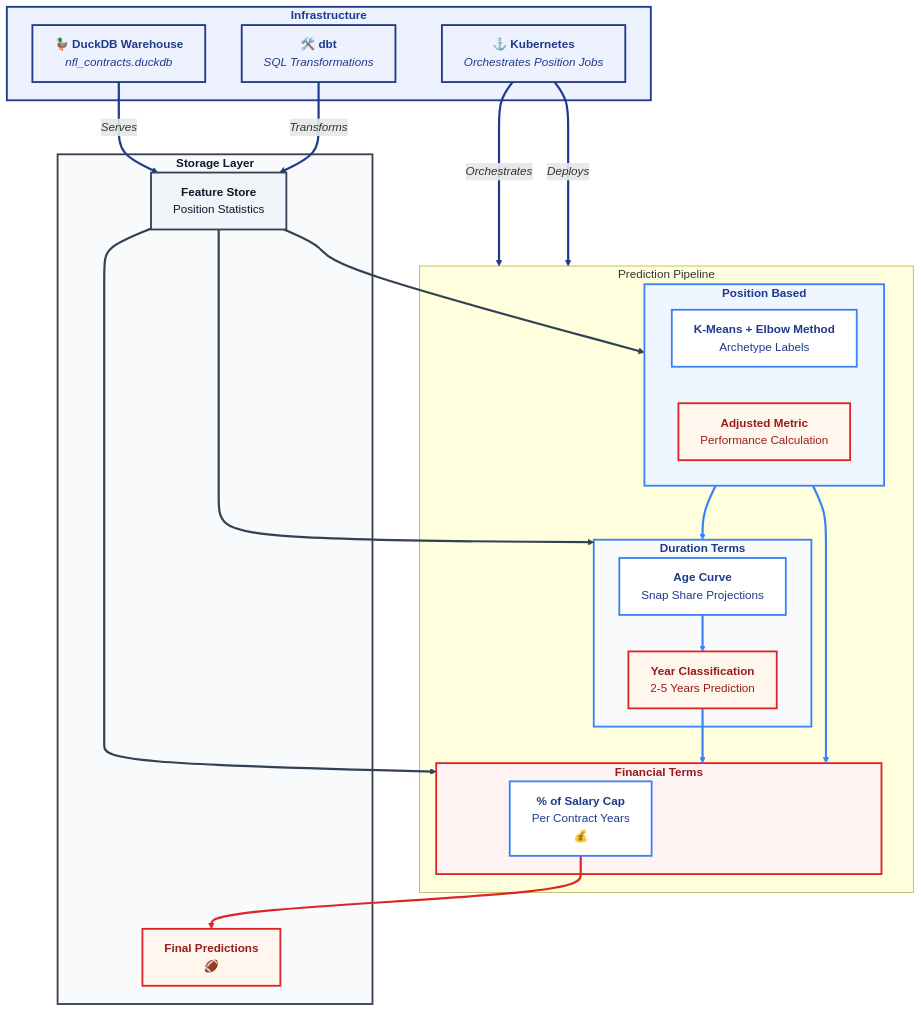
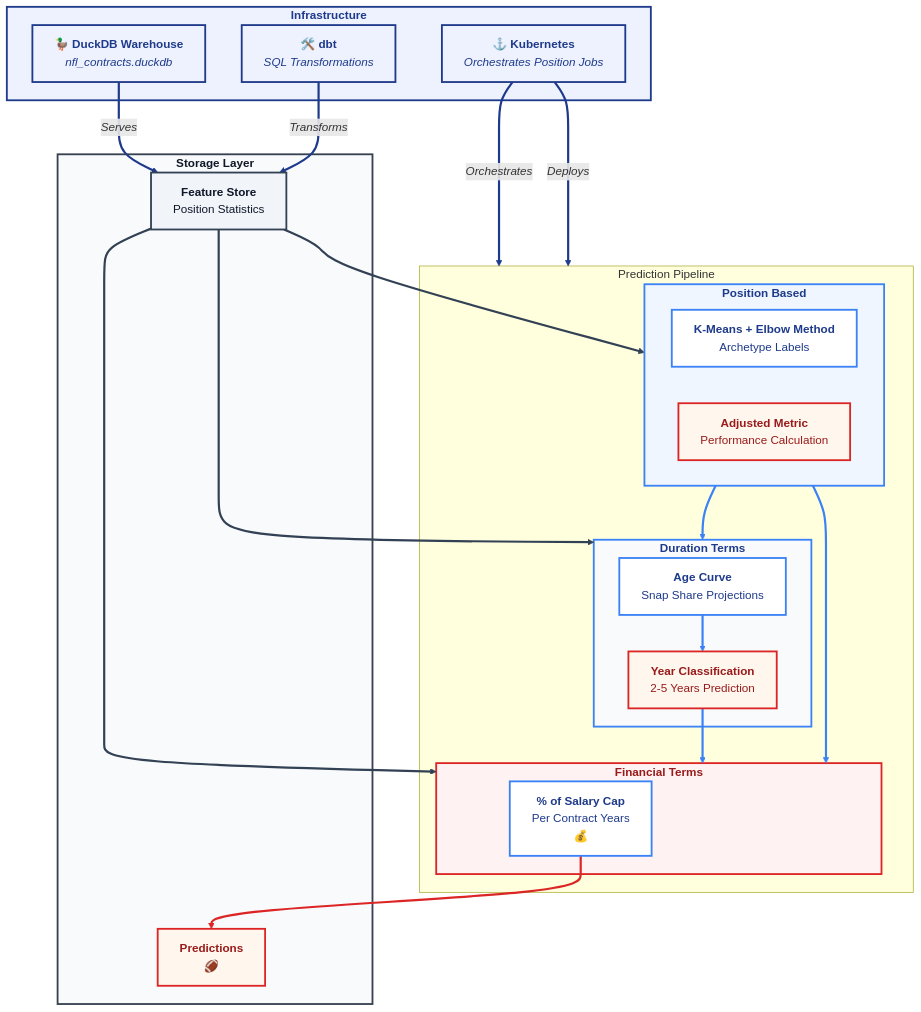
The diagram in README.md (dec1costello/NFL-Market-Value-Analysis), drawn with Mermaid before and after one commit. The commit also changed 3 other files, not shown here.

```diff
--- a/README.md
+++ b/README.md
@@ -78,7 +78,7 @@
     %% === STORAGE ===
     subgraph STORAGE ["<b>Storage Layer</b>"]
         FEATURES["<b>Feature Store</b><br/>Position Statistics"]
-        RESULTS["<b>Final Predictions</b><br/>🏈 "]
+        RESULTS["<b>Predictions</b><br/>🏈 "]
     end
 
     %% === CONNECTIONS ===
```
